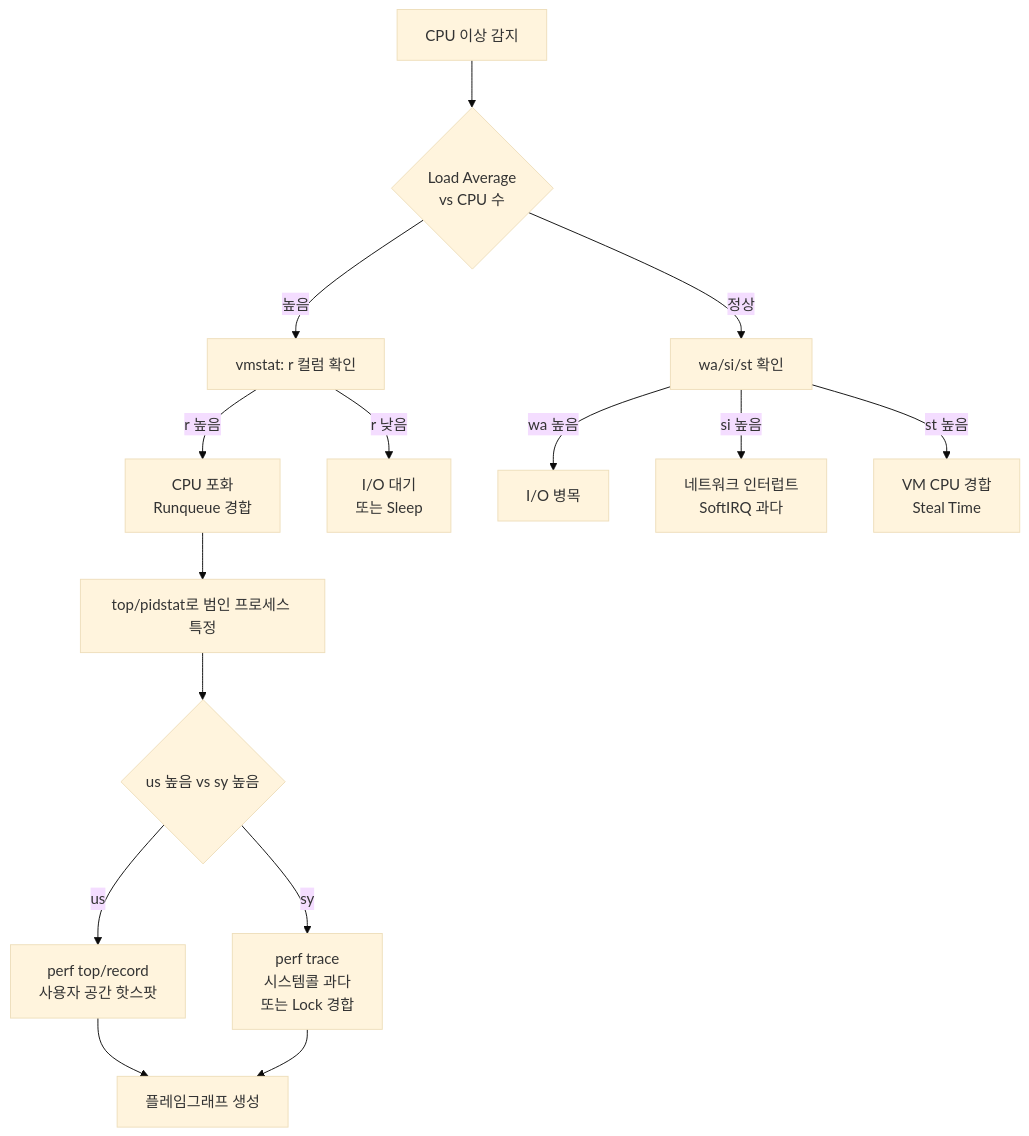
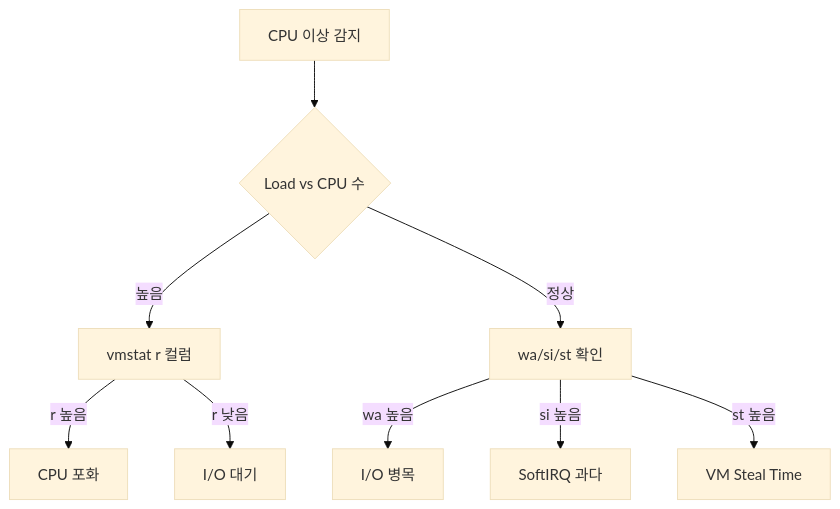
The first of 3 diagrams in content/linux/performance/cpu-performance.md (moonblueblue/devops-wiki), drawn with Mermaid (base theme) before and after one commit. The commit also changed other lines of this file and 12 other files, not shown here.

First line of the commit message:
style: linux 섹션 전체 ASCII art 제거 및 Mermaid 규칙 적용

````diff
--- a/content/linux/performance/cpu-performance.md
+++ b/content/linux/performance/cpu-performance.md
@@ -39,20 +41,13 @@
 ```mermaid
 flowchart TD
-    A[CPU 이상 감지] --> B{Load Average\nvs CPU 수}
-    B -->|높음| C[vmstat: r 컬럼 확인]
+    A[CPU 이상 감지] --> B{Load vs CPU 수}
+    B -->|높음| C[vmstat r 컬럼]
     B -->|정상| D[wa/si/st 확인]
 
-    C -->|r 높음| E[CPU 포화\nRunqueue 경합]
-    C -->|r 낮음| F[I/O 대기\n또는 Sleep]
+    C -->|r 높음| E[CPU 포화]
+    C -->|r 낮음| F[I/O 대기]
 
     D -->|wa 높음| G[I/O 병목]
-    D -->|si 높음| H[네트워크 인터럽트\nSoftIRQ 과다]
-    D -->|st 높음| I[VM CPU 경합\nSteal Time]
-
-    E --> J[top/pidstat로 범인 프로세스 특정]
-    J --> K{us 높음 vs sy 높음}
-    K -->|us| L[perf top/record\n사용자 공간 핫스팟]
-    K -->|sy| M[perf trace\n시스템콜 과다\n또는 Lock 경합]
-    L --> N[플레임그래프 생성]
-    M --> N
+    D -->|si 높음| H[SoftIRQ 과다]
+    D -->|st 높음| I[VM Steal Time]
 ```
````
